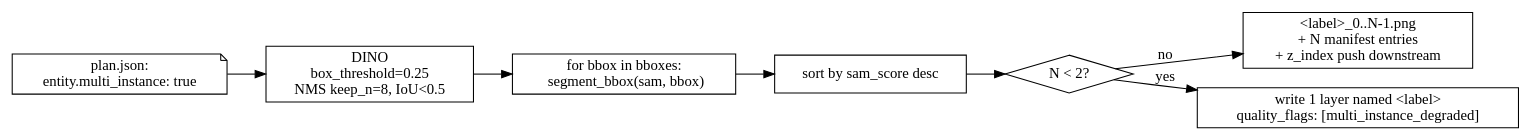
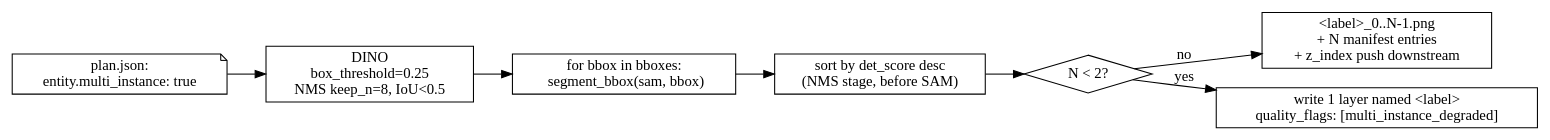
Before and after one commit to vulca-org/vulca: the first of 2 diagrams in docs/superpowers/specs/2026-04-26-v0.18-layers-redraw-split-design.md, drawn with Graphviz. The commit also changed other lines of this file and 1 other file, not shown here.

First line of the commit message:
docs(v0.18): align spec/plan sort-key prose with shipped det_score

````diff
--- a/docs/superpowers/specs/2026-04-26-v0.18-layers-redraw-split-design.md
+++ b/docs/superpowers/specs/2026-04-26-v0.18-layers-redraw-split-design.md
@@ -68,16 +68,16 @@
 ```dot
 digraph multi_instance_flow {
     rankdir=LR;
     plan [shape=note, label="plan.json:\nentity.multi_instance: true"];
     dino [shape=box, label="DINO\nbox_threshold=0.25\nNMS keep_n=8, IoU<0.5"];
     sam_loop [shape=box, label="for bbox in bboxes:\n  segment_bbox(sam, bbox)"];
-    sort [shape=box, label="sort by sam_score desc"];
+    sort [shape=box, label="sort by det_score desc\n(NMS stage, before SAM)"];
     write [shape=box, label="<label>_0..N-1.png\n+ N manifest entries\n+ z_index push downstream"];
     qf [shape=diamond, label="N < 2?"];
     flag [shape=box, label="write 1 layer named <label>\nquality_flags: [multi_instance_degraded]"];
 
     plan -> dino -> sam_loop -> sort -> qf;
     qf -> write [label="no"];
     qf -> flag [label="yes"];
 }
 ```
````
